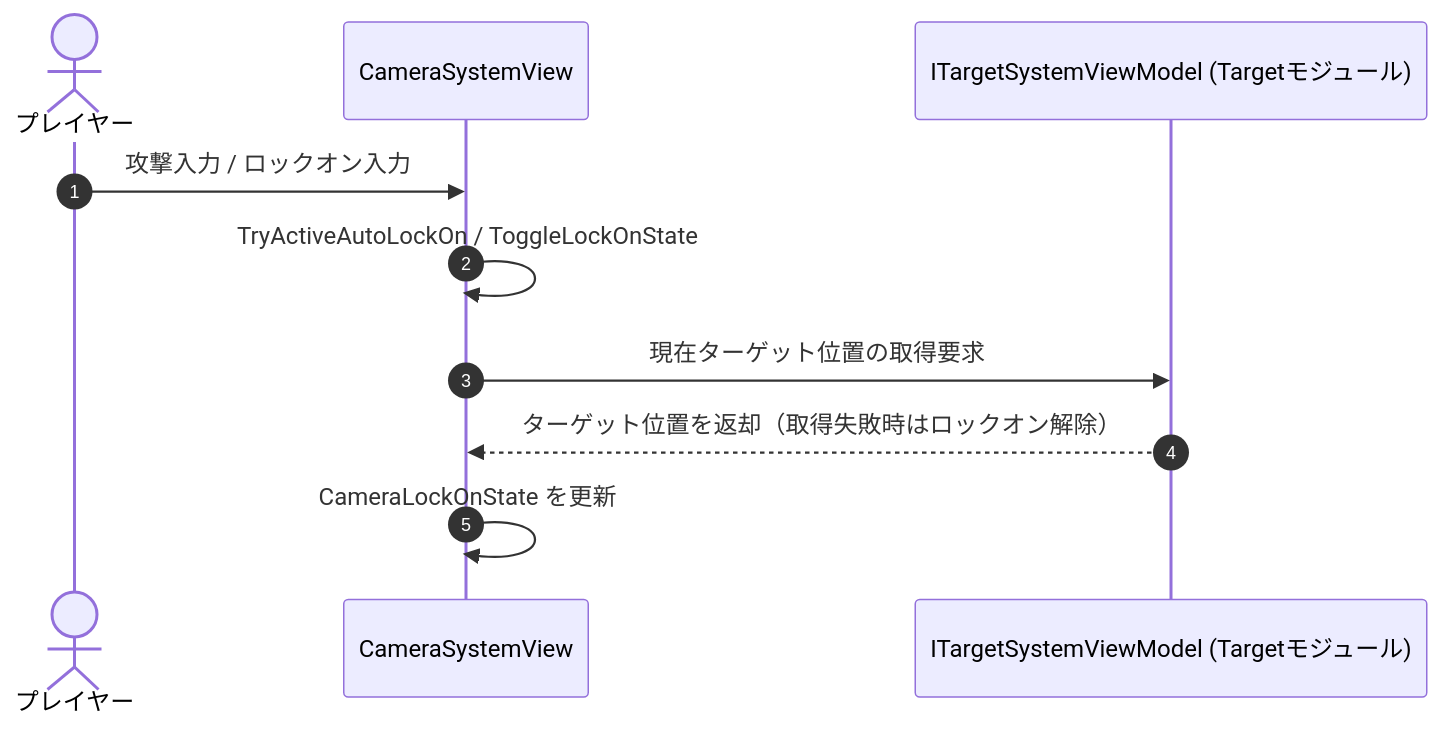
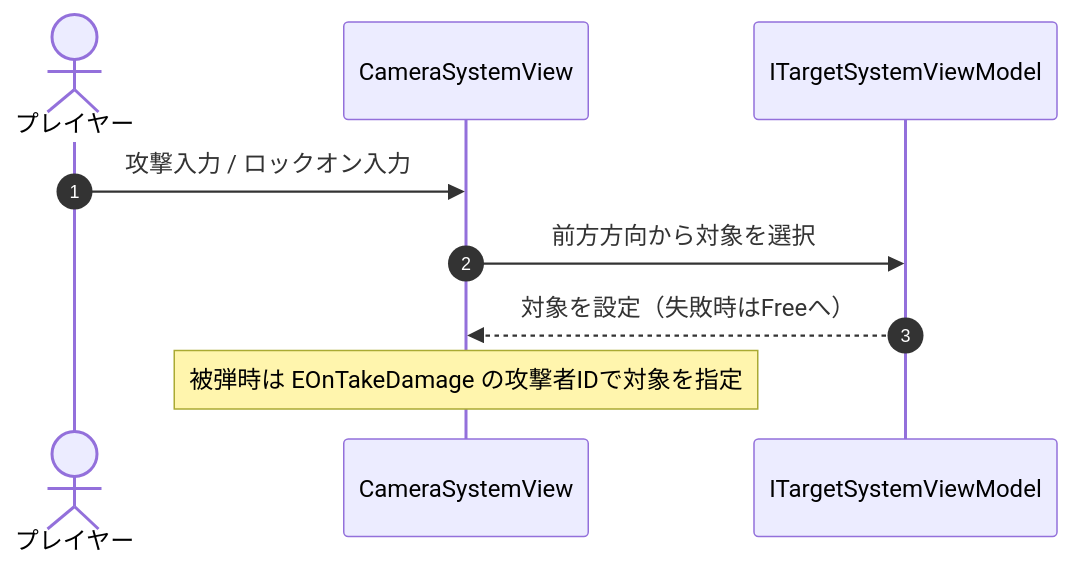
One commit to HIBIKI5201/SymphonyKillChord changed the third of 3 diagrams in Assets/Docs/ScriptsDocs/Modules/NotionModuleDocs/Camera.md. Above: the diagram before and after it, drawn with Mermaid. The commit also changed other lines of this file and 6 other files, not shown here.

````diff
--- a/Assets/Docs/ScriptsDocs/Modules/NotionModuleDocs/Camera.md
+++ b/Assets/Docs/ScriptsDocs/Modules/NotionModuleDocs/Camera.md
@@ -130,13 +149,12 @@
 ```mermaid
 sequenceDiagram
     autonumber
     actor Player as プレイヤー
     participant CSView as CameraSystemView
-    participant TargetVM as ITargetSystemViewModel (Targetモジュール)
+    participant TargetVM as ITargetSystemViewModel
 
     Player ->> CSView: 攻撃入力 / ロックオン入力
-    CSView ->> CSView: TryActiveAutoLockOn / ToggleLockOnState
-    CSView ->> TargetVM: 現在ターゲット位置の取得要求
-    TargetVM -->> CSView: ターゲット位置を返却（取得失敗時はロックオン解除）
-    CSView ->> CSView: CameraLockOnState を更新
+    CSView ->> TargetVM: 前方方向から対象を選択
+    TargetVM -->> CSView: 対象を設定（失敗時はFreeへ）
+    Note over CSView: 被弾時は EOnTakeDamage の攻撃者IDで対象を指定
 ```
````
